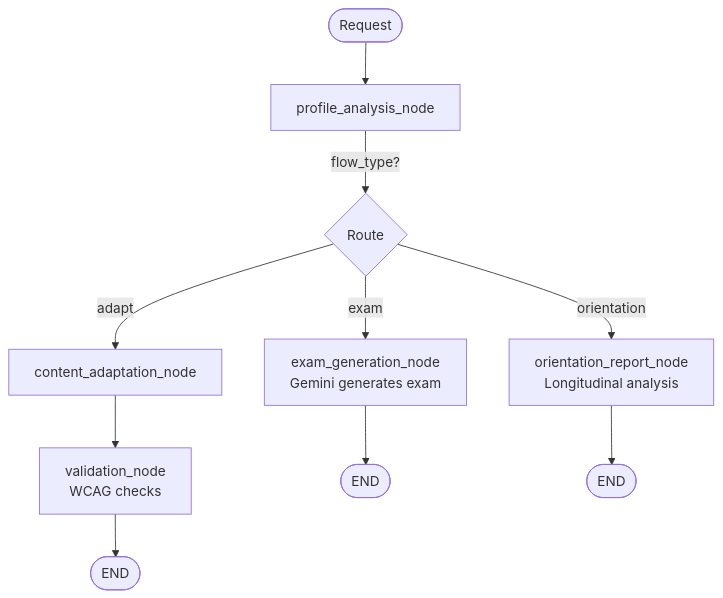
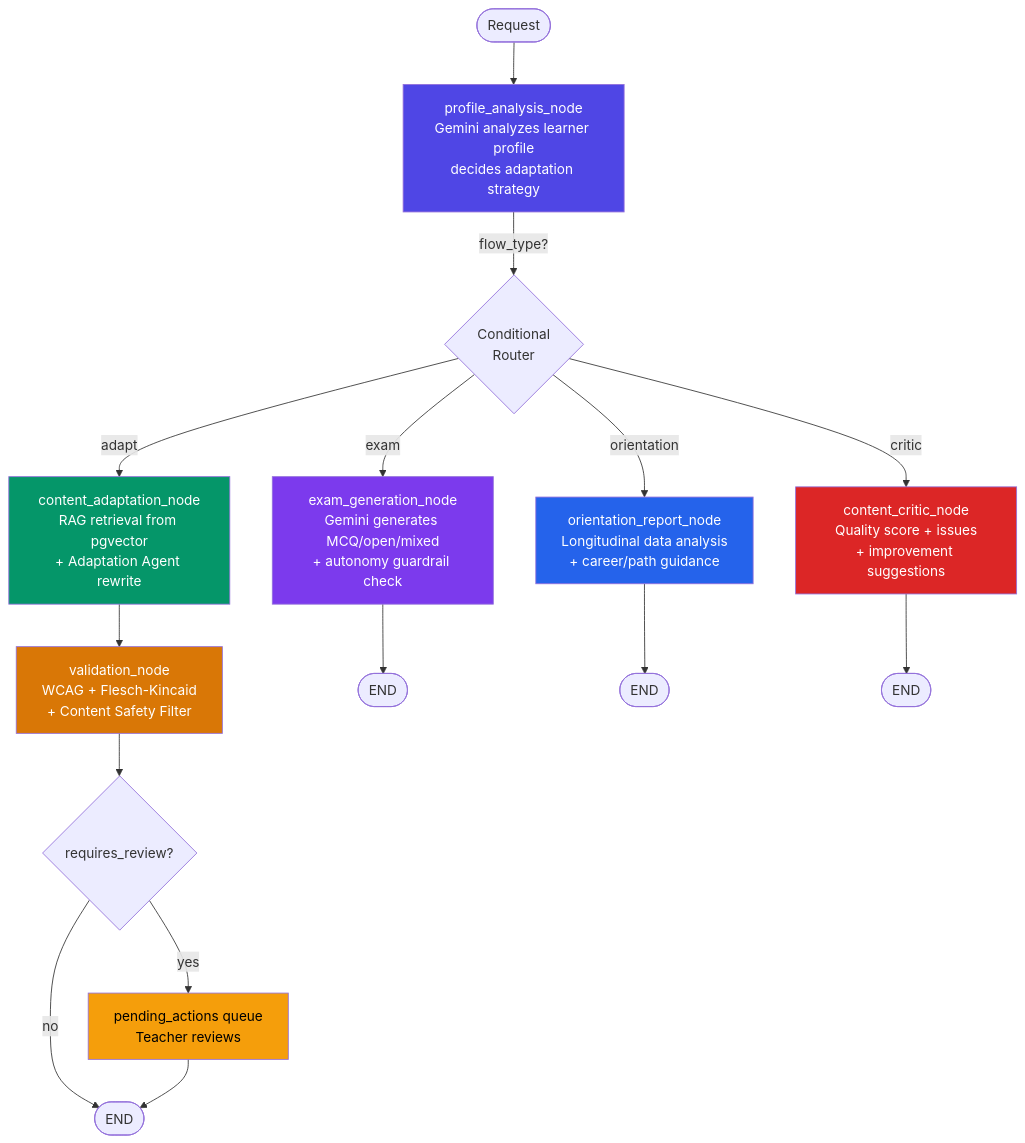
The first of 3 diagrams in README.md (zakariabouy/Adapt_Learn), drawn with Mermaid before and after one commit. The commit also changed other lines of this file and 2 other files, not shown here.

First line of the commit message:
docs: comprehensive architecture diagram + README overhaul for jury

````diff
--- a/README.md
+++ b/README.md
@@ -54,15 +177,29 @@
 ```mermaid
 graph TD
-    START([Request]) --> PA[profile_analysis_node]
-    PA -->|flow_type?| ROUTE{Route}
+    START([Request]) --> PA[profile_analysis_node<br/>Gemini analyzes learner profile<br/>decides adaptation strategy]
+    PA -->|flow_type?| ROUTE{Conditional<br/>Router}
 
-    ROUTE -->|adapt| CA[content_adaptation_node]
-    CA --> VA[validation_node<br/>WCAG checks]
-    VA --> END1([END])
+    ROUTE -->|adapt| CA[content_adaptation_node<br/>RAG retrieval from pgvector<br/>+ Adaptation Agent rewrite]
+    CA --> VA[validation_node<br/>WCAG + Flesch-Kincaid<br/>+ Content Safety Filter]
+    VA --> HITL{requires_review?}
+    HITL -->|yes| PQ[pending_actions queue<br/>Teacher reviews]
+    HITL -->|no| END1([END])
+    PQ --> END1
 
-    ROUTE -->|exam| EG[exam_generation_node<br/>Gemini generates exam]
+    ROUTE -->|exam| EG[exam_generation_node<br/>Gemini generates MCQ/open/mixed<br/>+ autonomy guardrail check]
     EG --> END2([END])
 
-    ROUTE -->|orientation| OR[orientation_report_node<br/>Longitudinal analysis]
+    ROUTE -->|orientation| OR[orientation_report_node<br/>Longitudinal data analysis<br/>+ career/path guidance]
     OR --> END3([END])
+
+    ROUTE -->|critic| CC[content_critic_node<br/>Quality score + issues<br/>+ improvement suggestions]
+    CC --> END4([END])
+
+    style PA fill:#4F46E5,color:#fff
+    style CA fill:#059669,color:#fff
+    style VA fill:#D97706,color:#fff
+    style EG fill:#7C3AED,color:#fff
+    style OR fill:#2563EB,color:#fff
+    style CC fill:#DC2626,color:#fff
+    style PQ fill:#F59E0B,color:#000
 ```
````
